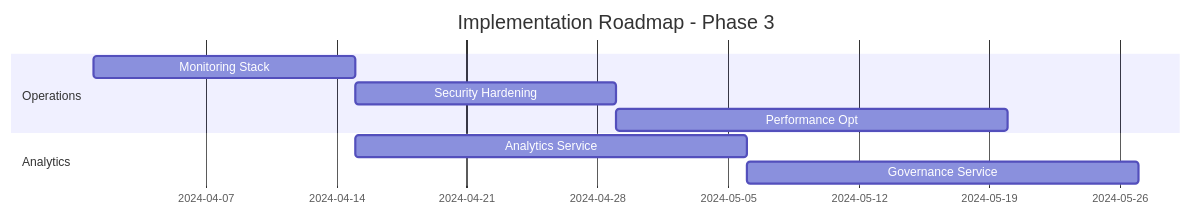
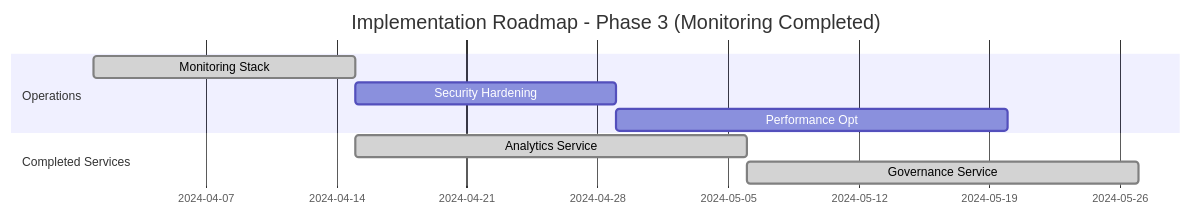
One commit to OscarAlmgren/reciprocal-clubs-backend changed the third of 3 diagrams in docs/SYSTEM_ANALYSIS_AND_RECOMMENDATIONS.md. Above: the diagram before and after it, drawn with Mermaid. The commit also changed other lines of this file, not shown here.

````diff
--- a/docs/SYSTEM_ANALYSIS_AND_RECOMMENDATIONS.md
+++ b/docs/SYSTEM_ANALYSIS_AND_RECOMMENDATIONS.md
@@ -439,13 +469,13 @@
 ```mermaid
 gantt
-    title Implementation Roadmap - Phase 3
+    title Implementation Roadmap - Phase 3 (Monitoring Completed)
     dateFormat YYYY-MM-DD
     section Operations
-    Monitoring Stack     :mon1, 2024-04-01, 14d
+    Monitoring Stack     :done, mon1, 2024-04-01, 14d
     Security Hardening   :sec1, after mon1, 14d
     Performance Opt      :perf1, after sec1, 21d
-    
-    section Analytics
-    Analytics Service    :anal1, 2024-04-15, 21d
-    Governance Service   :gov1, after anal1, 21d
+
+    section Completed Services
+    Analytics Service    :done, anal1, 2024-04-15, 21d
+    Governance Service   :done, gov1, after anal1, 21d
 ```
````
